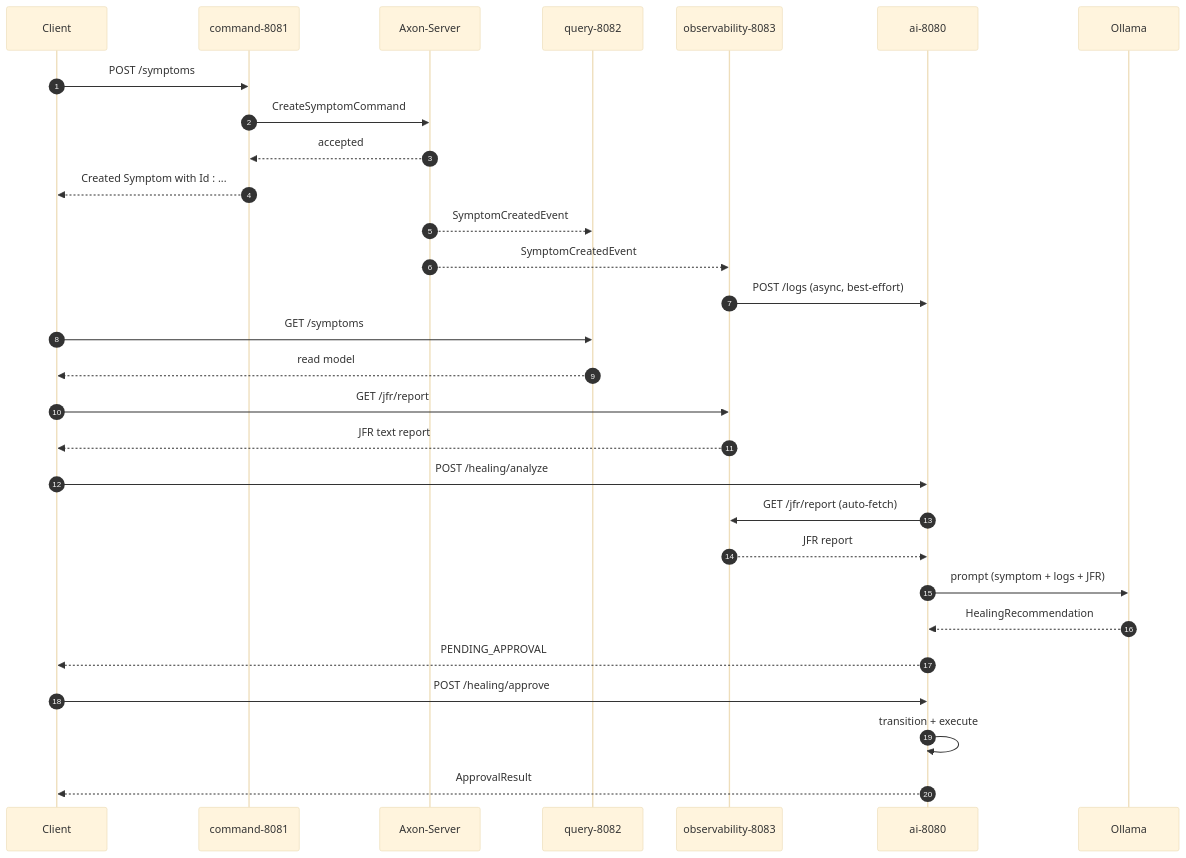
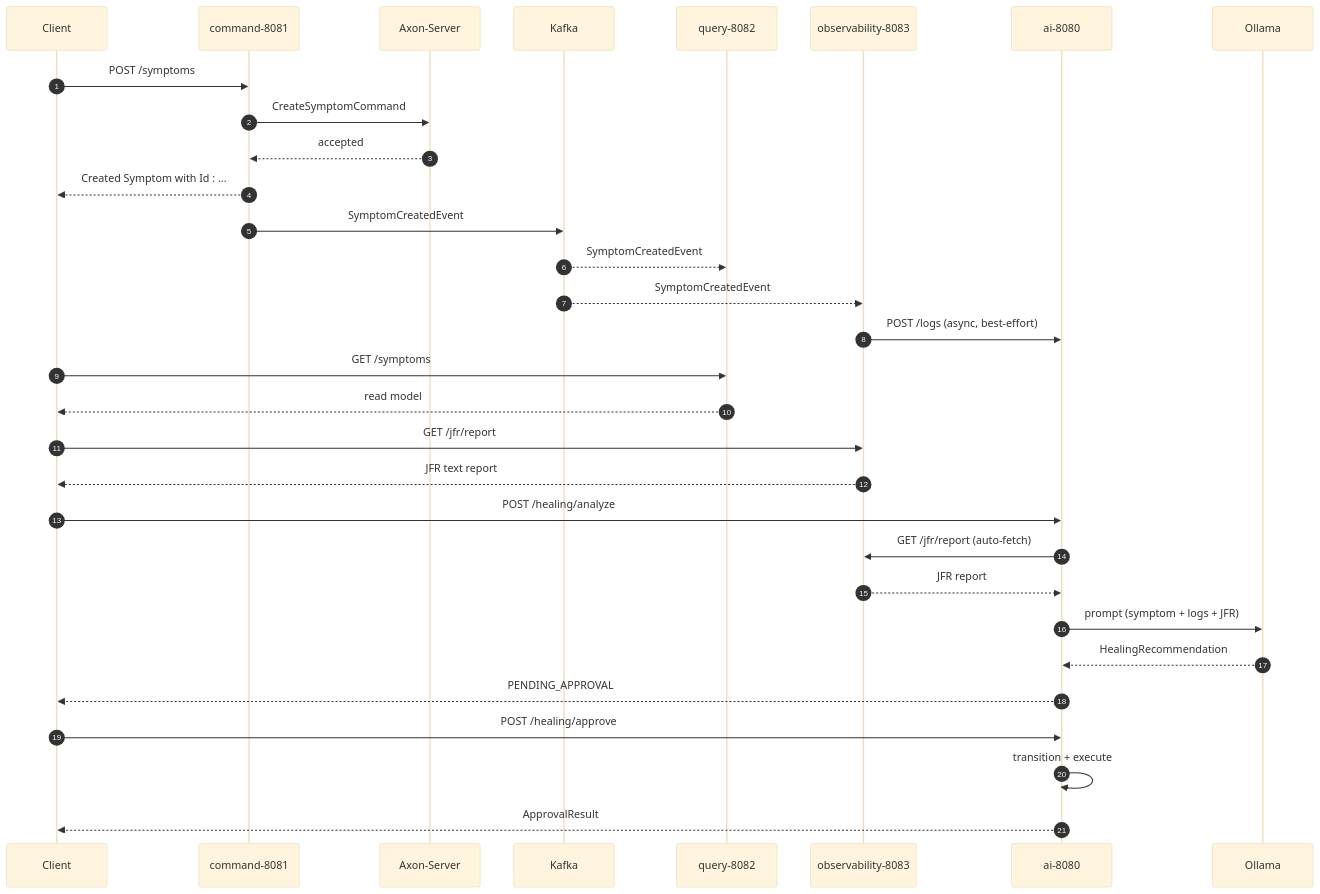
Before and after one commit to purushottamravi/eventmind: the second of 2 diagrams in README.md, drawn with Mermaid (base theme). The commit also changed other lines of this file and 12 other files, not shown here.

````diff
--- a/README.md
+++ b/README.md
@@ -103,35 +107,37 @@
 ```mermaid
 sequenceDiagram
     autonumber
     participant Client
     participant CMD as command-8081
     participant AX as Axon-Server
+    participant KAFKA as Kafka
     participant QRY as query-8082
     participant OBS as observability-8083
     participant AI as ai-8080
     participant LLM as Ollama
 
     Client->>CMD: POST /symptoms
     CMD->>AX: CreateSymptomCommand
     AX-->>CMD: accepted
     CMD-->>Client: Created Symptom with Id : ...
-    AX-->>QRY: SymptomCreatedEvent
-    AX-->>OBS: SymptomCreatedEvent
+    CMD->>KAFKA: SymptomCreatedEvent
+    KAFKA-->>QRY: SymptomCreatedEvent
+    KAFKA-->>OBS: SymptomCreatedEvent
     OBS->>AI: POST /logs (async, best-effort)
 
     Client->>QRY: GET /symptoms
     QRY-->>Client: read model
     Client->>OBS: GET /jfr/report
     OBS-->>Client: JFR text report
 
     Client->>AI: POST /healing/analyze
     AI->>OBS: GET /jfr/report (auto-fetch)
     OBS-->>AI: JFR report
     AI->>LLM: prompt (symptom + logs + JFR)
     LLM-->>AI: HealingRecommendation
     AI-->>Client: PENDING_APPROVAL
 
     Client->>AI: POST /healing/approve
     AI->>AI: transition + execute
     AI-->>Client: ApprovalResult
 ```
````
